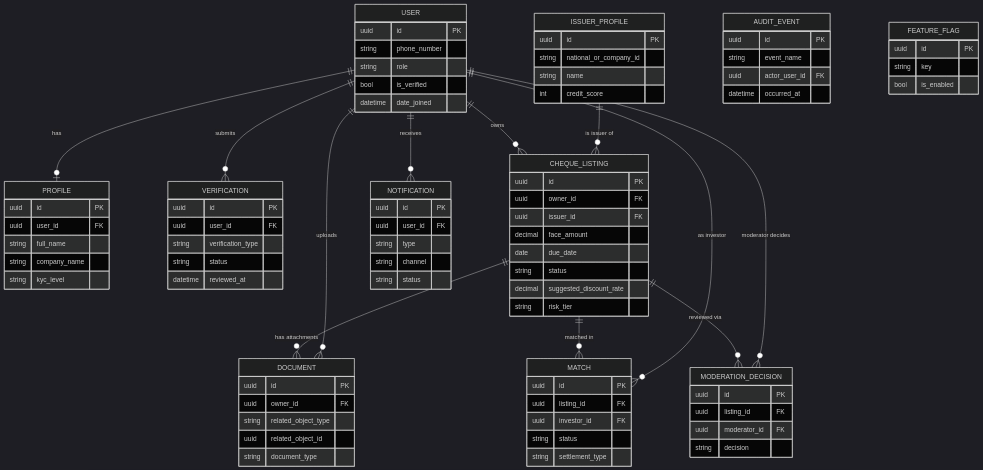
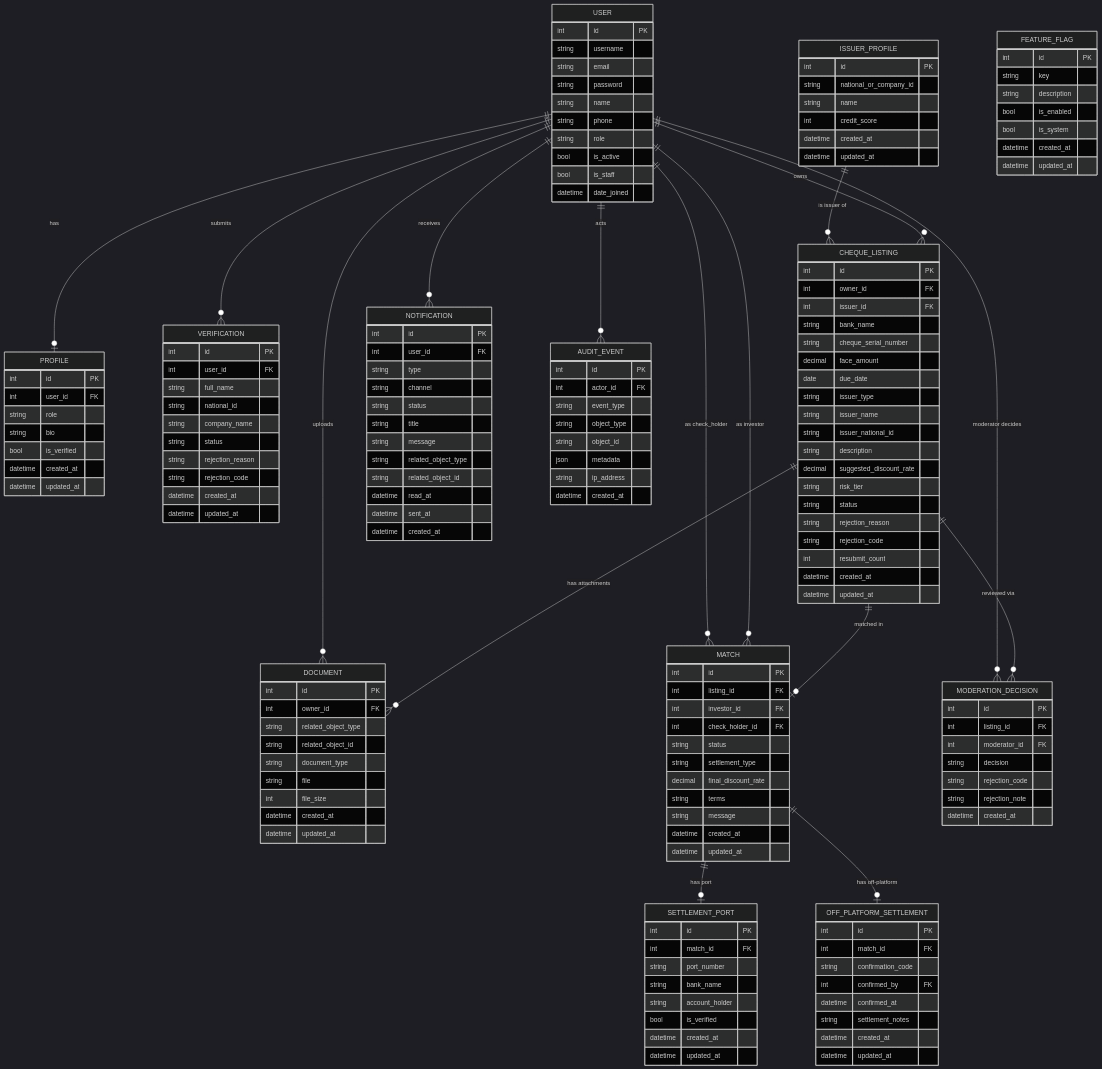
One commit to alamalhoda/doion changed the first of 3 diagrams in docs/cheque-platform-low-level-design.md. Above: the diagram before and after it, drawn with Mermaid (dark theme). The commit also changed other lines of this file and 6 other files, not shown here.

````diff
--- a/docs/cheque-platform-low-level-design.md
+++ b/docs/cheque-platform-low-level-design.md
@@ -58,79 +58,152 @@
 ```mermaid
 erDiagram
     USER {
-        uuid id PK
-        string phone_number
+        int id PK
+        string username
+        string email
+        string password
+        string name
+        string phone
         string role
-        bool is_verified
+        bool is_active
+        bool is_staff
         datetime date_joined
     }
     PROFILE {
-        uuid id PK
-        uuid user_id FK
-        string full_name
-        string company_name
-        string kyc_level
+        int id PK
+        int user_id FK
+        string role
+        string bio
+        bool is_verified
+        datetime created_at
+        datetime updated_at
     }
     VERIFICATION {
-        uuid id PK
-        uuid user_id FK
-        string verification_type
+        int id PK
+        int user_id FK
+        string full_name
+        string national_id
+        string company_name
         string status
-        datetime reviewed_at
+        string rejection_reason
+        string rejection_code
+        datetime created_at
+        datetime updated_at
     }
     ISSUER_PROFILE {
-        uuid id PK
+        int id PK
         string national_or_company_id
         string name
         int credit_score
+        datetime created_at
+        datetime updated_at
     }
     CHEQUE_LISTING {
-        uuid id PK
-        uuid owner_id FK
-        uuid issuer_id FK
+        int id PK
+        int owner_id FK
+        int issuer_id FK
+        string bank_name
+        string cheque_serial_number
         decimal face_amount
         date due_date
-        string status
+        string issuer_type
+        string issuer_name
+        string issuer_national_id
+        string description
         decimal suggested_discount_rate
         string risk_tier
+        string status
+        string rejection_reason
+        string rejection_code
+        int resubmit_count
+        datetime created_at
+        datetime updated_at
     }
     DOCUMENT {
-        uuid id PK
-        uuid owner_id FK
+        int id PK
+        int owner_id FK
         string related_object_type
-        uuid related_object_id
+        string related_object_id
         string document_type
+        string file
+        int file_size
+        datetime created_at
+        datetime updated_at
     }
     MATCH {
-        uuid id PK
-        uuid listing_id FK
-        uuid investor_id FK
+        int id PK
+        int listing_id FK
+        int investor_id FK
+        int check_holder_id FK
         string status
         string settlement_type
+        decimal final_discount_rate
+        string terms
+        string message
+        datetime created_at
+        datetime updated_at
+    }
+    SETTLEMENT_PORT {
+        int id PK
+        int match_id FK
+        string port_number
+        string bank_name
+        string account_holder
+        bool is_verified
+        datetime created_at
+        datetime updated_at
+    }
+    OFF_PLATFORM_SETTLEMENT {
+        int id PK
+        int match_id FK
+        string confirmation_code
+        int confirmed_by FK
+        datetime confirmed_at
+        string settlement_notes
+        datetime created_at
+        datetime updated_at
     }
     NOTIFICATION {
-        uuid id PK
-        uuid user_id FK
+        int id PK
+        int user_id FK
         string type
         string channel
         string status
+        string title
+        string message
+        string related_object_type
+        string related_object_id
+        datetime read_at
+        datetime sent_at
+        datetime created_at
     }
     AUDIT_EVENT {
-        uuid id PK
-        string event_name
-        uuid actor_user_id FK
-        datetime occurred_at
+        int id PK
+        int actor_id FK
+        string event_type
+        string object_type
+        string object_id
+        json metadata
+        string ip_address
+        datetime created_at
     }
     FEATURE_FLAG {
-        uuid id PK
+        int id PK
         string key
+        string description
         bool is_enabled
+        bool is_system
+        datetime created_at
+        datetime updated_at
     }
     MODERATION_DECISION {
-        uuid id PK
-        uuid listing_id FK
-        uuid moderator_id FK
+        int id PK
+        int listing_id FK
+        int moderator_id FK
         string decision
+        string rejection_code
+        string rejection_note
+        datetime created_at
     }
 
     USER ||--o| PROFILE : has
@@ -139,9 +212,13 @@
     ISSUER_PROFILE ||--o{ CHEQUE_LISTING : "is issuer of"
     CHEQUE_LISTING ||--o{ DOCUMENT : "has attachments"
     USER ||--o{ DOCUMENT : uploads
-    CHEQUE_LISTING ||--o{ MATCH : "matched in"
+    CHEQUE_LISTING ||--o| MATCH : "matched in"
     USER ||--o{ MATCH : "as investor"
+    USER ||--o{ MATCH : "as check_holder"
+    MATCH ||--o| SETTLEMENT_PORT : "has port"
+    MATCH ||--o| OFF_PLATFORM_SETTLEMENT : "has off-platform"
     USER ||--o{ NOTIFICATION : receives
+    USER ||--o{ AUDIT_EVENT : acts
     CHEQUE_LISTING ||--o{ MODERATION_DECISION : "reviewed via"
     USER ||--o{ MODERATION_DECISION : "moderator decides"
 ```
````
